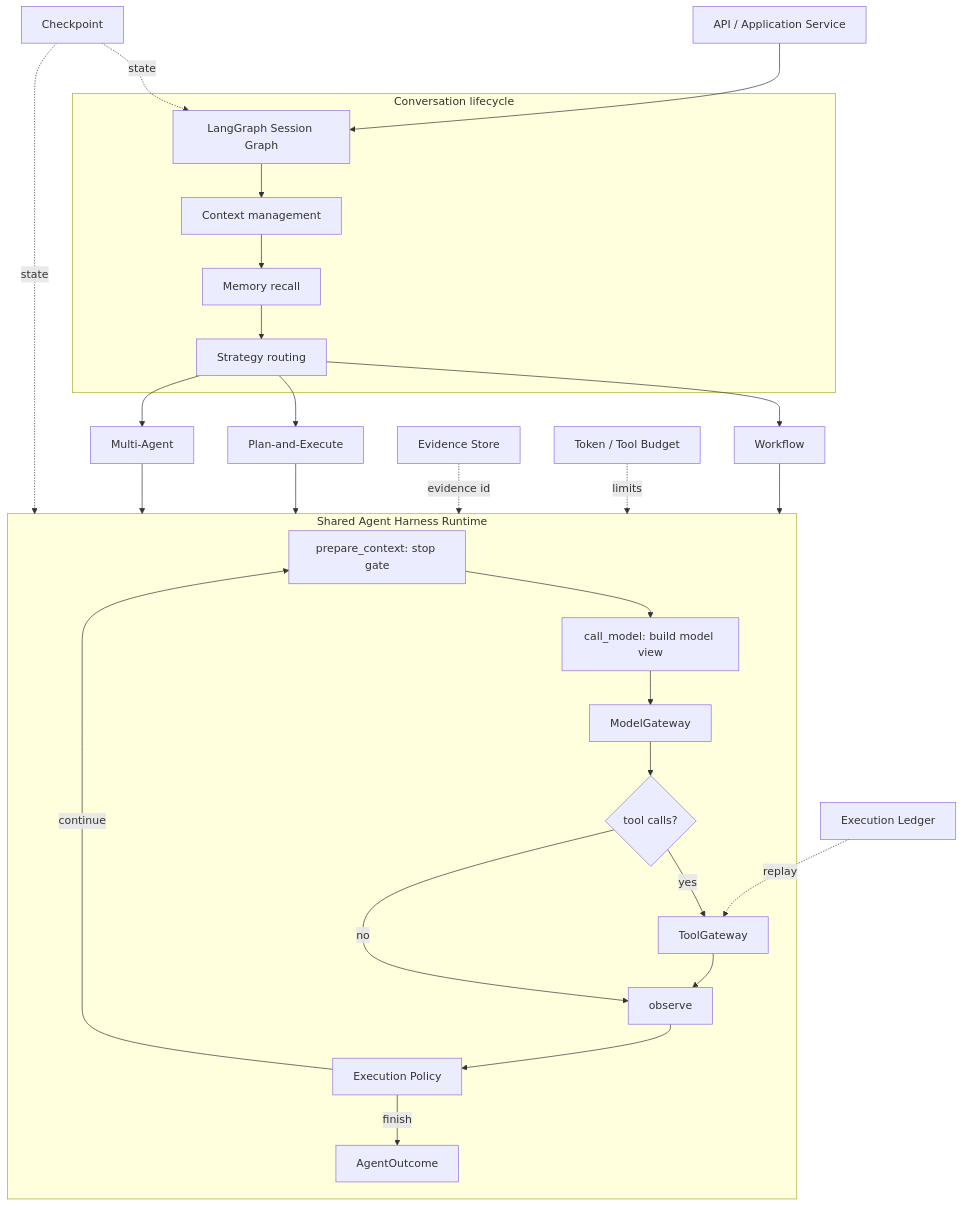
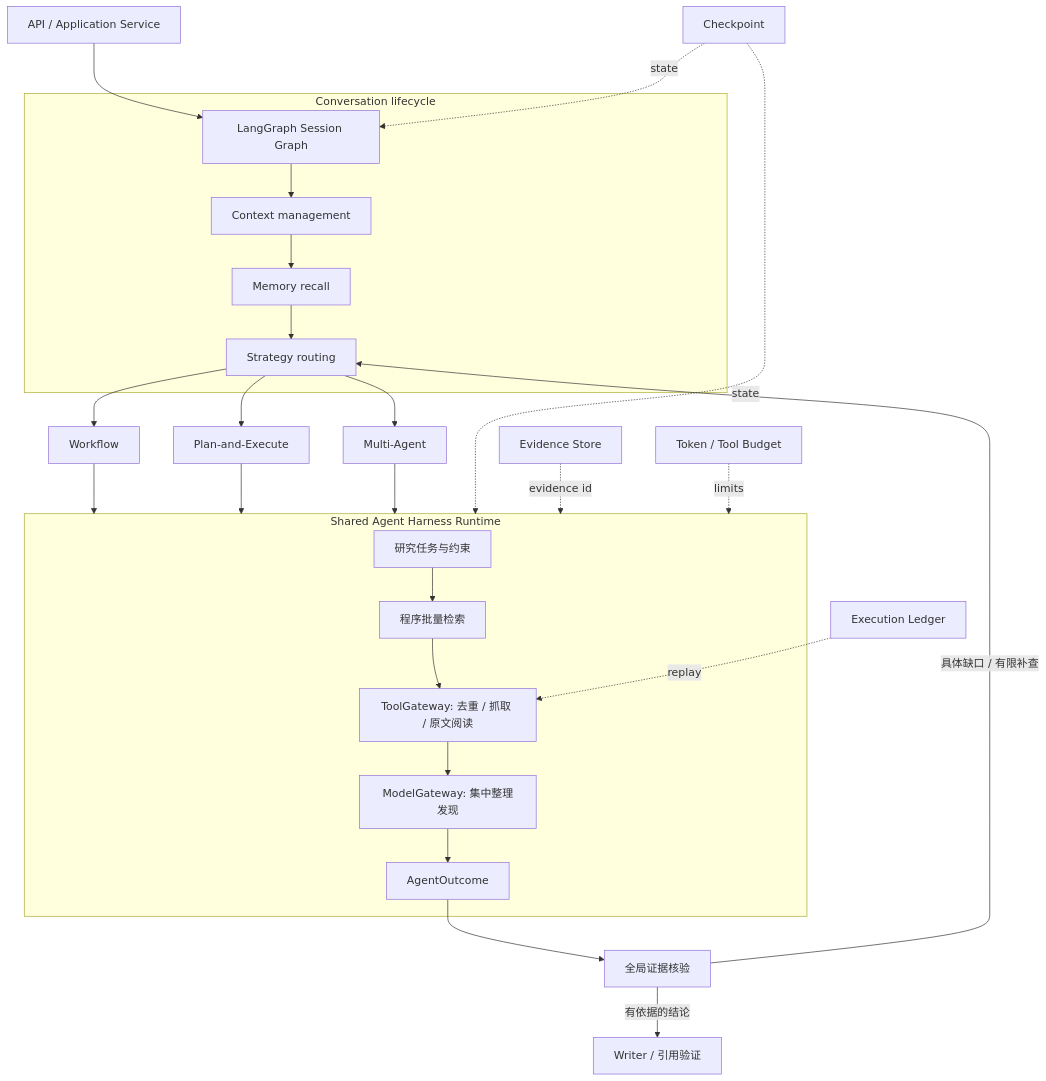
Before and after one commit to 1785454358/agent: the diagram in docs/architecture/agent-harness.md, drawn with Mermaid. The commit also changed other lines of this file and 79 other files, not shown here.

````diff
--- a/docs/architecture/agent-harness.md
+++ b/docs/architecture/agent-harness.md
@@ -7,36 +7,34 @@
 ```mermaid
 flowchart TB
     API[API / Application Service] --> SG[LangGraph Session Graph]
 
     subgraph Session[Conversation lifecycle]
         SG --> CC[Context management]
         CC --> MR[Memory recall]
         MR --> SR[Strategy routing]
     end
 
     SR --> WF[Workflow]
     SR --> PE[Plan-and-Execute]
     SR --> MA[Multi-Agent]
 
     WF --> LOOP
     PE --> LOOP
     MA --> LOOP
 
     subgraph LOOP[Shared Agent Harness Runtime]
-        PC[prepare_context: stop gate] --> CM[call_model: build model view]
-        CM --> MG[ModelGateway]
-        MG --> DEC{tool calls?}
-        DEC -->|yes| TG[ToolGateway]
-        TG --> OBS[observe]
-        DEC -->|no| OBS
-        OBS --> EP[Execution Policy]
-        EP -->|continue| PC
-        EP -->|finish| OUT[AgentOutcome]
+        PC[研究任务与约束] --> SEARCH[程序批量检索]
+        SEARCH --> TG[ToolGateway: 去重 / 抓取 / 原文阅读]
+        TG --> MG[ModelGateway: 集中整理发现]
+        MG --> OUT[AgentOutcome]
     end
+    OUT --> REVIEW[全局证据核验]
+    REVIEW -->|具体缺口 / 有限补查| SR
+    REVIEW -->|有依据的结论| WRITE[Writer / 引用验证]
 
     CP[Checkpoint] -. state .-> SG
     CP -. state .-> LOOP
     ES[Evidence Store] -. evidence id .-> LOOP
     LD[Execution Ledger] -. replay .-> TG
     TB[Token / Tool Budget] -. limits .-> LOOP
 ```
````
